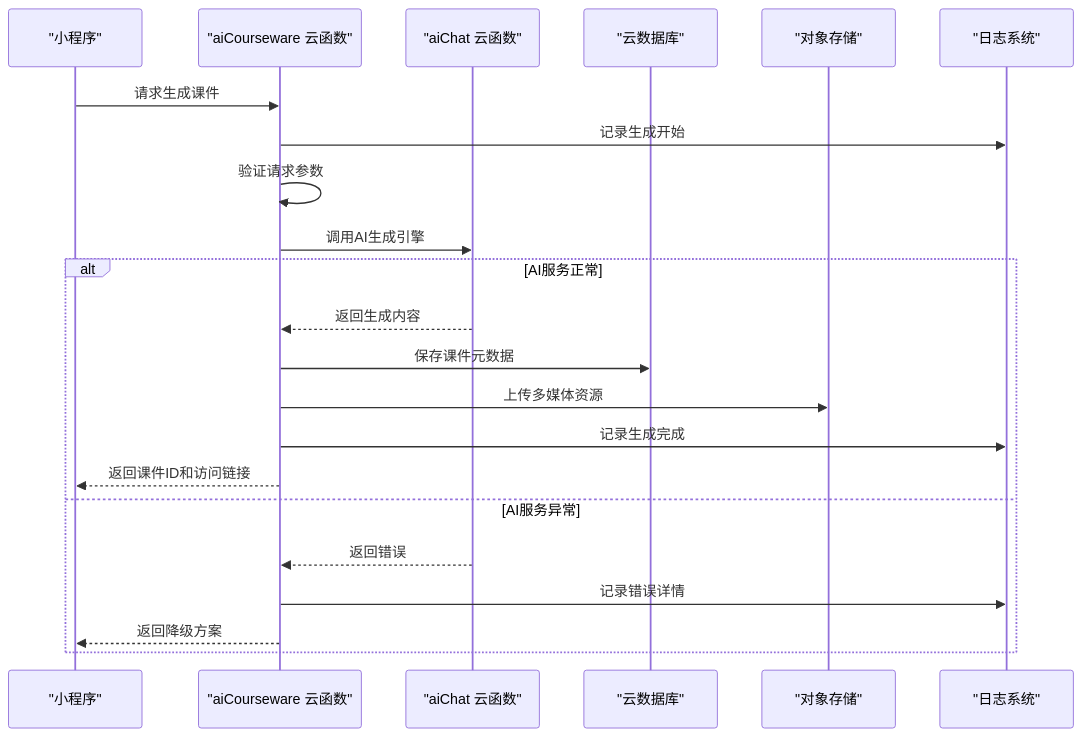
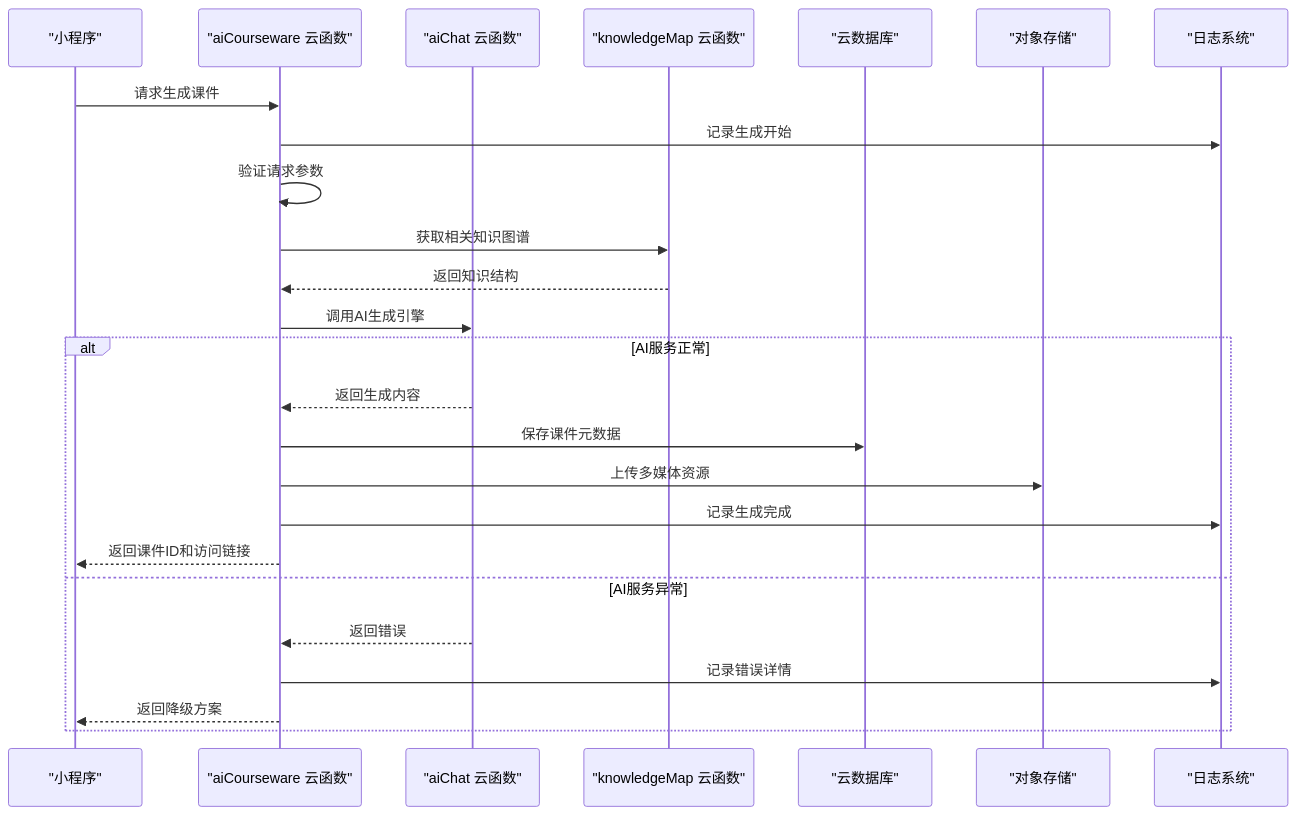
One commit to cwb7756/bio changed the seventh of 15 diagrams in .qoder/repowiki/zh/content/架构设计/后端架构设计/云函数架构设计.md. Above: the diagram before and after it, drawn with Mermaid. The commit also changed other lines of this file and 19 other files, not shown here.

````diff
--- a/.qoder/repowiki/zh/content/架构设计/后端架构设计/云函数架构设计.md
+++ b/.qoder/repowiki/zh/content/架构设计/后端架构设计/云函数架构设计.md
@@ -418,24 +431,27 @@
 ```mermaid
 sequenceDiagram
 participant MP as "小程序"
 participant ACW as "aiCourseware 云函数"
 participant AC as "aiChat 云函数"
+participant KM as "knowledgeMap 云函数"
 participant DB as "云数据库"
 participant OSS as "对象存储"
 participant LOG as "日志系统"
 MP->>ACW : 请求生成课件
 ACW->>LOG : 记录生成开始
 ACW->>ACW : 验证请求参数
+ACW->>KM : 获取相关知识图谱
+KM-->>ACW : 返回知识结构
 ACW->>AC : 调用AI生成引擎
 alt AI服务正常
 AC-->>ACW : 返回生成内容
 ACW->>DB : 保存课件元数据
 ACW->>OSS : 上传多媒体资源
 ACW->>LOG : 记录生成完成
 ACW-->>MP : 返回课件ID和访问链接
 else AI服务异常
 AC-->>ACW : 返回错误
 ACW->>LOG : 记录错误详情
 ACW-->>MP : 返回降级方案
 end
 ```
````
